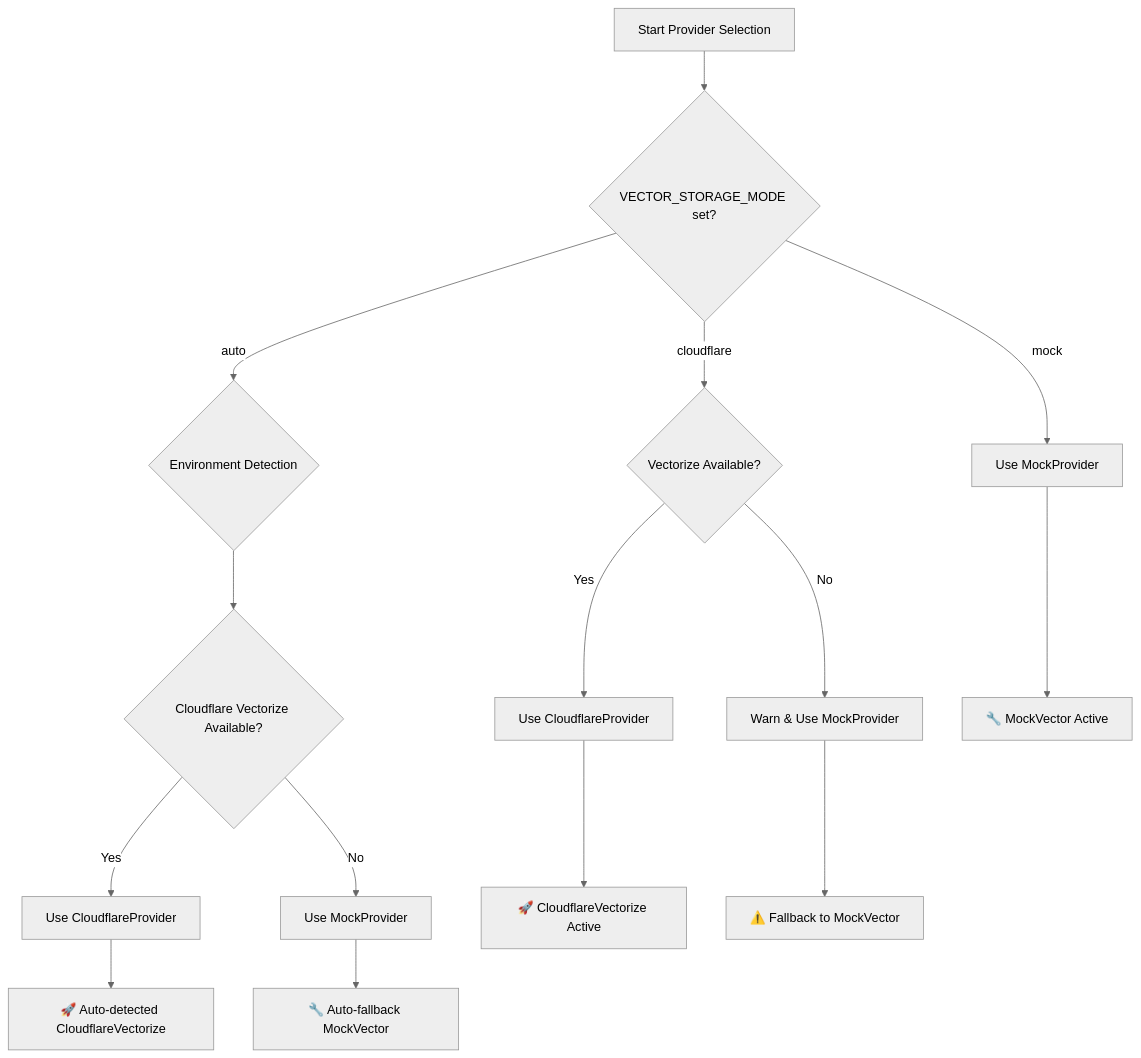
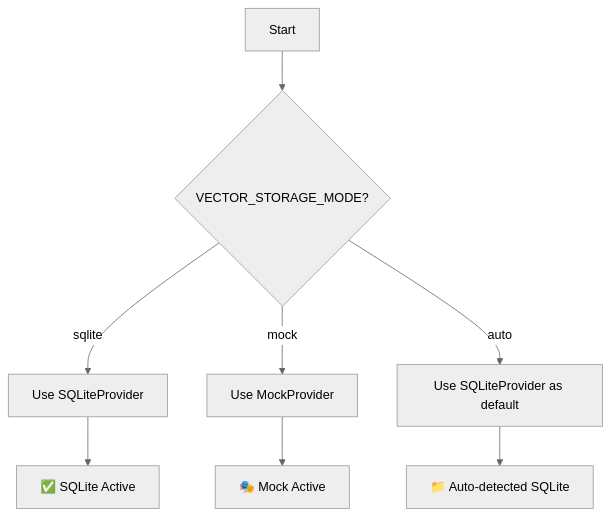
One commit to dorraba/mastra-finance-home-ai changed the diagram in PROVIDER-PATTERN.md. Above: the diagram before and after it, drawn with Mermaid (neutral theme). The commit also changed other lines of this file and 25 other files, not shown here.

````diff
--- a/PROVIDER-PATTERN.md
+++ b/PROVIDER-PATTERN.md
@@ -196,20 +93,11 @@
 ```mermaid
-flowchart TD
-    A[Start Provider Selection] --> B{VECTOR_STORAGE_MODE set?}
-    B -->|mock| C[Use MockProvider]
-    B -->|cloudflare| D{Vectorize Available?}
-    B -->|auto| E{Environment Detection}
+graph TD
+    A[Start] --> B{VECTOR_STORAGE_MODE?}
+    B -->|sqlite| C[Use SQLiteProvider]
+    B -->|mock| D[Use MockProvider]
+    B -->|auto| E[Use SQLiteProvider as default]
     
-    D -->|Yes| F[Use CloudflareProvider]
-    D -->|No| G[Warn & Use MockProvider]
-    
-    E --> H{Cloudflare Vectorize Available?}
-    H -->|Yes| I[Use CloudflareProvider]
-    H -->|No| J[Use MockProvider]
-    
-    C --> K[🔧 MockVector Active]
-    F --> L[🚀 CloudflareVectorize Active]
-    G --> M[⚠️ Fallback to MockVector]
-    I --> N[🚀 Auto-detected CloudflareVectorize]
-    J --> O[🔧 Auto-fallback MockVector]
+    C --> F[✅ SQLite Active]
+    D --> G[🎭 Mock Active]
+    E --> H[📁 Auto-detected SQLite]
 ```
````
